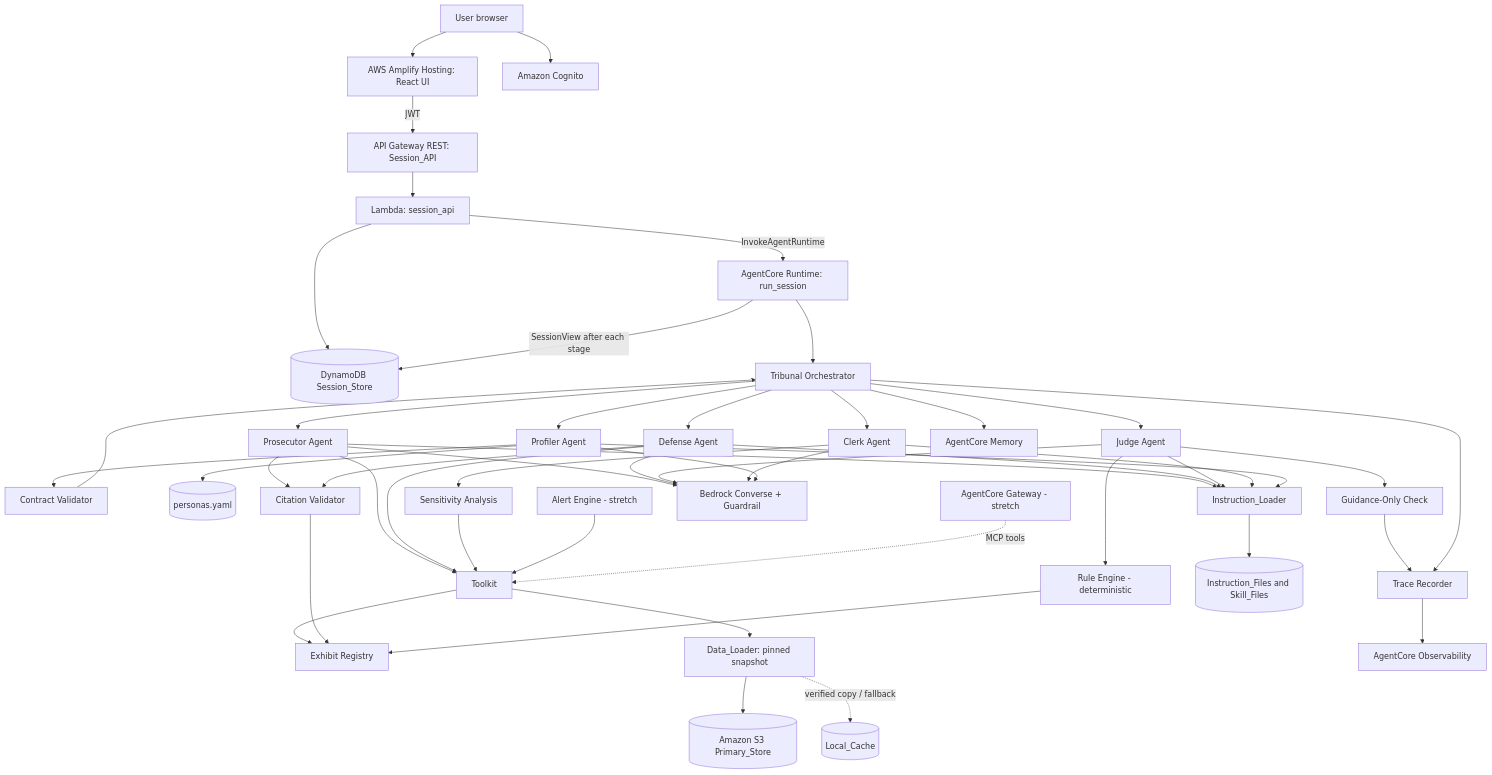
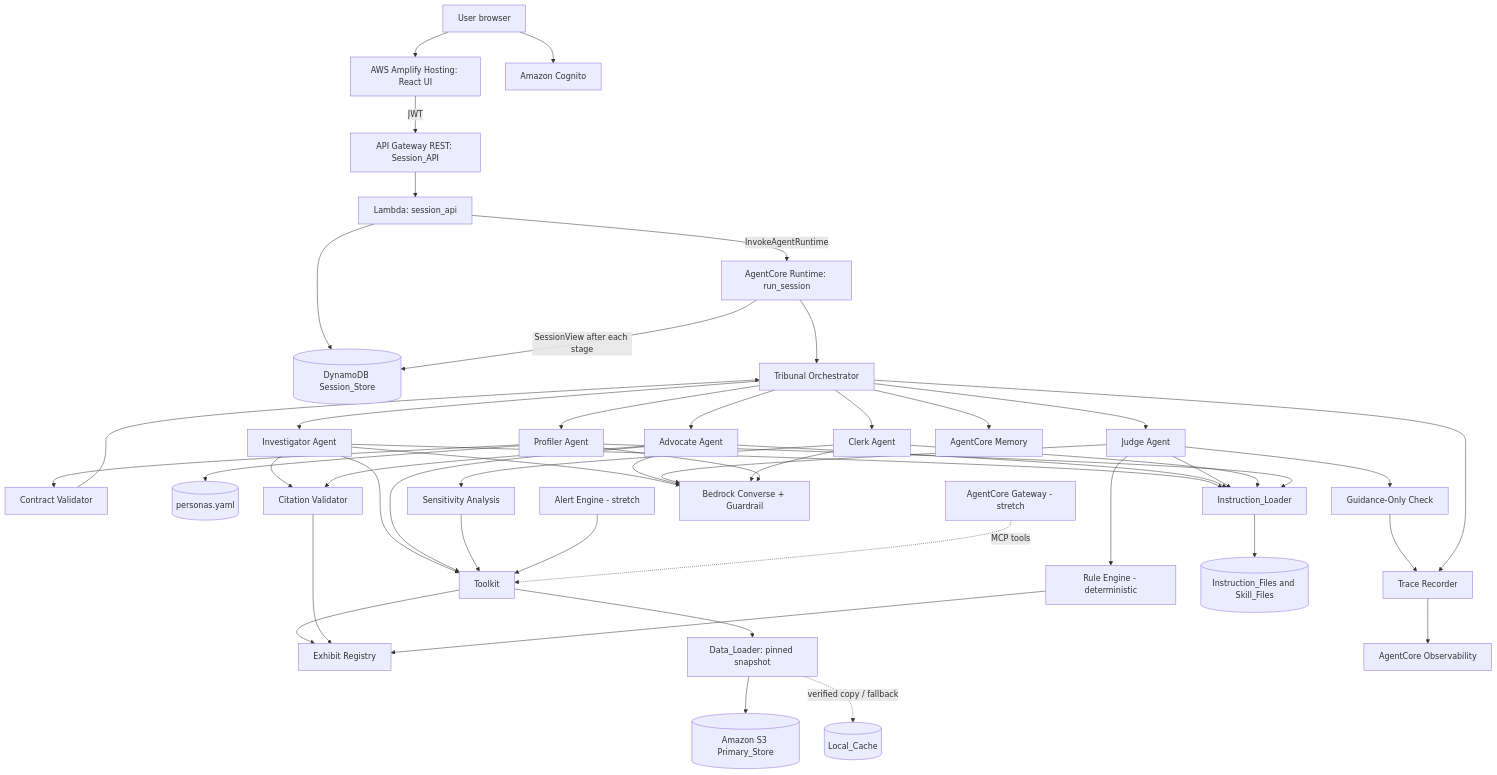
One commit to hediamara1208-commits/Agent52 changed the first of 4 diagrams in .kiro/specs/agentic-investment-guide/design.md. Above: the diagram before and after it, drawn with Mermaid. The commit also changed other lines of this file and 3 other files, not shown here.

First line of the commit message:
Spec: fixed agent flow Advocate -> Investigator -> Judge (Req 4, 29, 36), Clerk as code template, risk panel, bounds, fallbacks, ablation

````diff
--- a/.kiro/specs/agentic-investment-guide/design.md
+++ b/.kiro/specs/agentic-investment-guide/design.md
@@ -114,50 +114,50 @@
 ```mermaid
 flowchart TD
     USER[User browser] --> AMP[AWS Amplify Hosting: React UI]
     USER --> COG[Amazon Cognito]
     AMP -->|JWT| APIGW[API Gateway REST: Session_API]
     APIGW --> LAM[Lambda: session_api]
     LAM --> DDB[(DynamoDB Session_Store)]
     LAM -->|InvokeAgentRuntime| RT[AgentCore Runtime: run_session]
     RT --> ORCH[Tribunal Orchestrator]
     RT -->|SessionView after each stage| DDB
     ORCH --> PROF[Profiler Agent]
     PROF --> SCHEMA[Contract Validator]
     SCHEMA --> ORCH
-    ORCH --> PROS[Prosecutor Agent]
-    ORCH --> DEF[Defense Agent]
+    ORCH --> PROS[Investigator Agent]
+    ORCH --> DEF[Advocate Agent]
     PROS --> TK[Toolkit]
     DEF --> TK
     TK --> REG[Exhibit Registry]
     TK --> DL[Data_Loader: pinned snapshot]
     DL --> S3[(Amazon S3 Primary_Store)]
     DL -. verified copy / fallback .-> CACHE[(Local_Cache)]
     PROF --> PF[(personas.yaml)]
     PROS --> CV[Citation Validator]
     DEF --> CV
     CV --> REG
     ORCH --> JUDGE[Judge Agent]
     JUDGE --> RULES[Rule Engine - deterministic]
     RULES --> REG
     ORCH --> CLERK[Clerk Agent]
     CLERK --> SENS[Sensitivity Analysis]
     SENS --> TK
     JUDGE --> GOC[Guidance-Only Check]
     GOC --> TRACE
     PROS --> IL[Instruction_Loader]
     DEF --> IL
     JUDGE --> IL
     CLERK --> IL
     PROF --> IL
     IL --> IF[(Instruction_Files and Skill_Files)]
     ALERT[Alert Engine - stretch] --> TK
     ORCH --> TRACE[Trace Recorder]
     TRACE --> OBS[AgentCore Observability]
     ORCH --> MEM[AgentCore Memory]
     PROS --> BR[Bedrock Converse + Guardrail]
     DEF --> BR
     JUDGE --> BR
     CLERK --> BR
     PROF --> BR
     GW[AgentCore Gateway - stretch] -. MCP tools .-> TK
 ```
````
